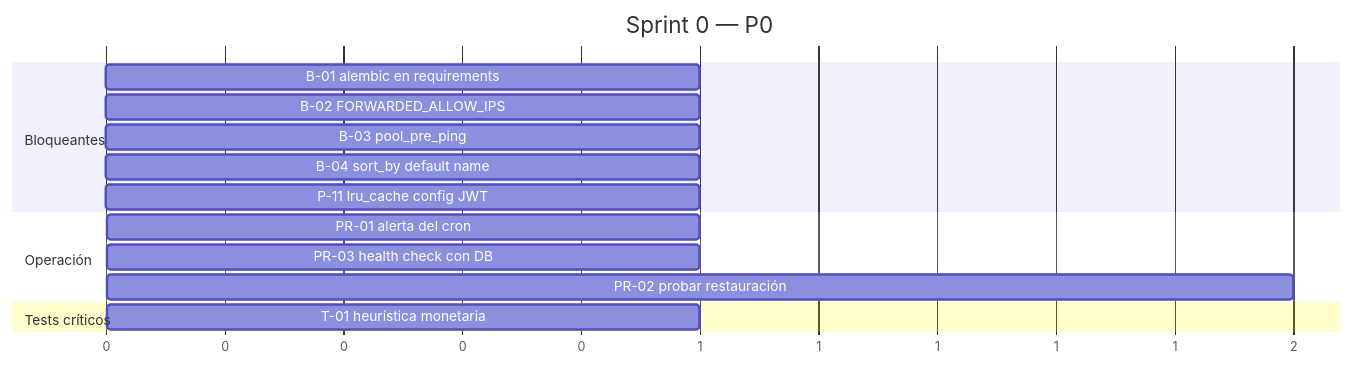
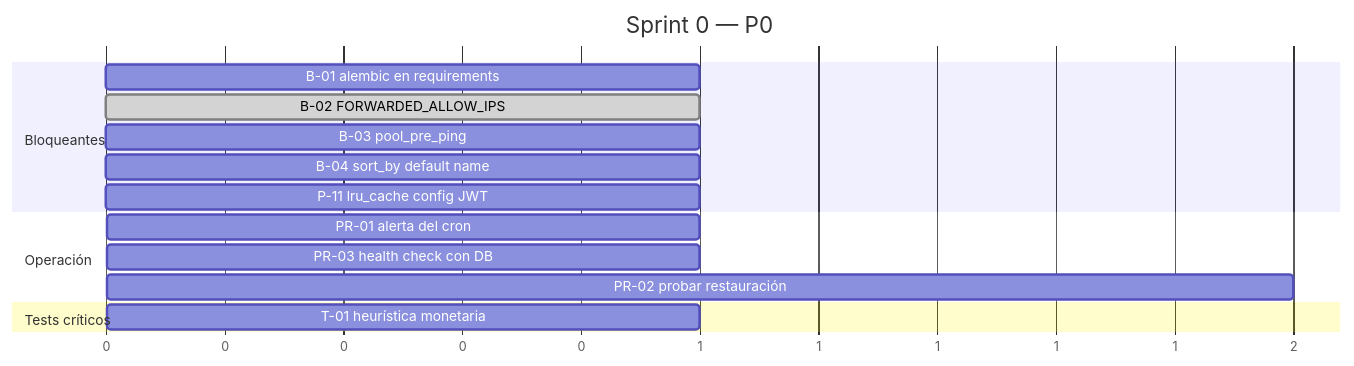
Before and after one commit to MartinCapisano/PatitasBigotes: the first of 2 diagrams in docs/18_Roadmap.md, drawn with Mermaid. The commit also changed other lines of this file and 1 other file, not shown here.

First line of the commit message:
docs: marcar FORWARDED_ALLOW_IPS como resuelto (C-00, B-02, R-S-04)

````diff
--- a/docs/18_Roadmap.md
+++ b/docs/18_Roadmap.md
@@ -191,18 +191,18 @@
 ```mermaid
 gantt
     title Sprint 0 — P0
     dateFormat X
     axisFormat %s
     section Bloqueantes
     B-01 alembic en requirements       :0, 1
-    B-02 FORWARDED_ALLOW_IPS           :0, 1
+    B-02 FORWARDED_ALLOW_IPS           :done, 0, 1
     B-03 pool_pre_ping                 :1, 1
     B-04 sort_by default name          :1, 1
     P-11 lru_cache config JWT          :1, 1
     section Operación
     PR-01 alerta del cron              :2, 1
     PR-03 health check con DB          :2, 1
     PR-02 probar restauración          :2, 2
     section Tests críticos
     T-01 heurística monetaria          :3, 1
 ```
````
